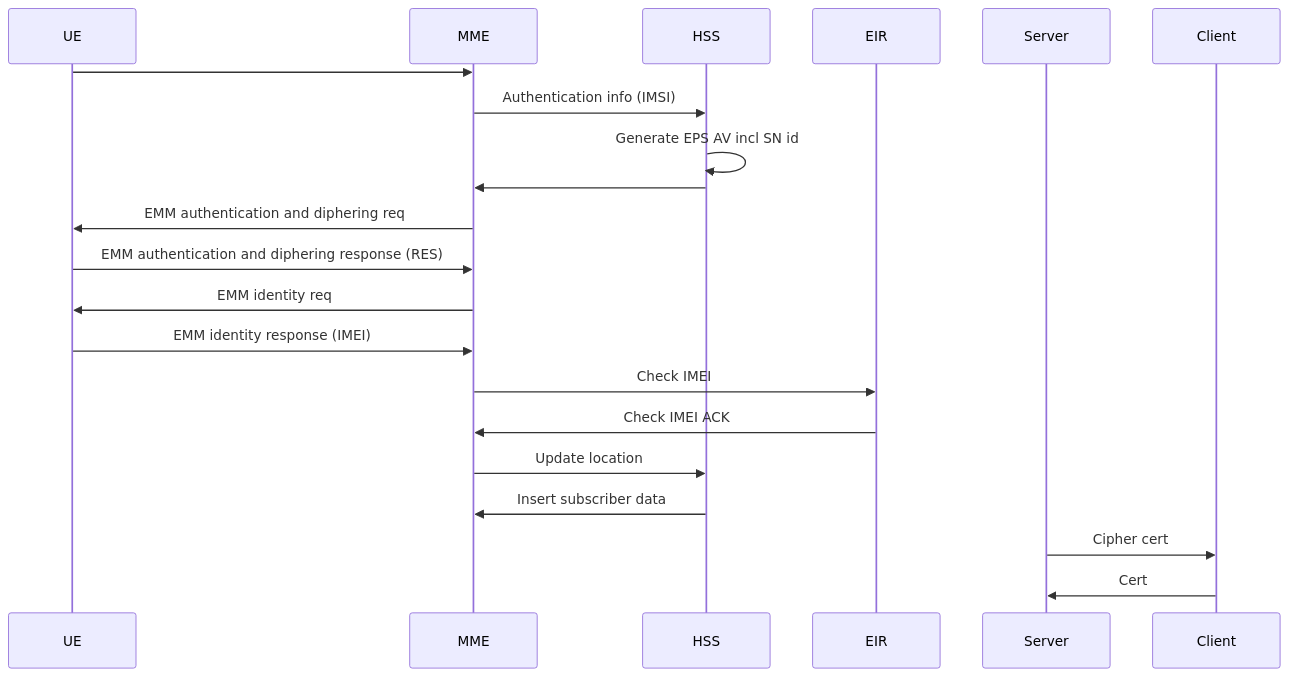
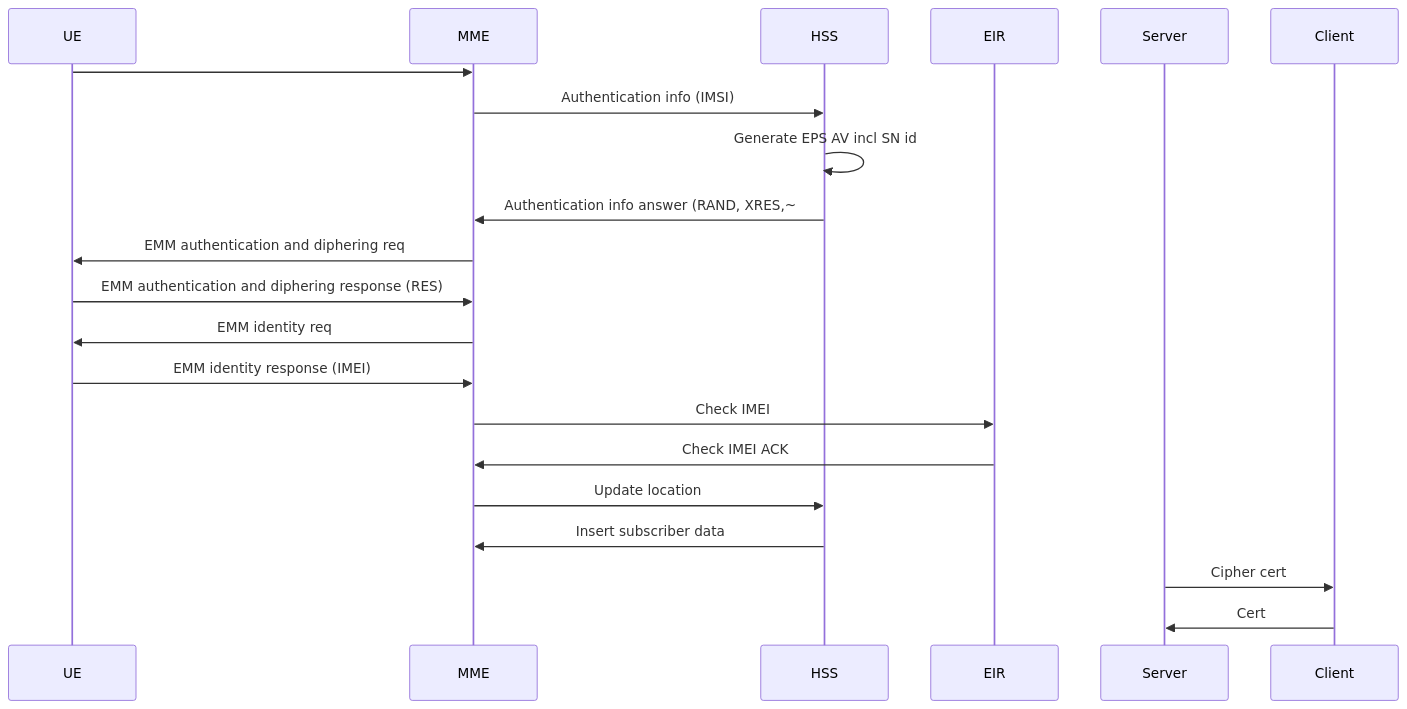
The diagram in ARM.md (ThomasRochette/NoteCours), drawn with Mermaid before and after one commit. The commit also changed other lines of this file, not shown here.

Commit message:
Uploaded by https://stackedit.io/

````diff
--- a/ARM.md
+++ b/ARM.md
@@ -80,18 +80,18 @@
 ```mermaid
 sequenceDiagram
 UE ->> MME: 
 MME ->> HSS: Authentication info (IMSI)
 HSS ->> HSS: Generate EPS AV incl SN id
-HSS ->> MME:  
+HSS ->> MME: Authentication info answer (RAND, XRES,~ 
 
 MME ->> UE: EMM authentication and diphering req
 UE ->> MME: EMM authentication and diphering response (RES)
 MME ->> UE: EMM identity req
 UE ->> MME: EMM identity response (IMEI)
 MME ->> EIR: Check IMEI
 EIR ->> MME: Check IMEI ACK
 MME ->> HSS: Update location
 HSS ->> MME: Insert subscriber data
 Server ->> Client: Cipher cert
 Client ->> Server: Cert
 ```
````
